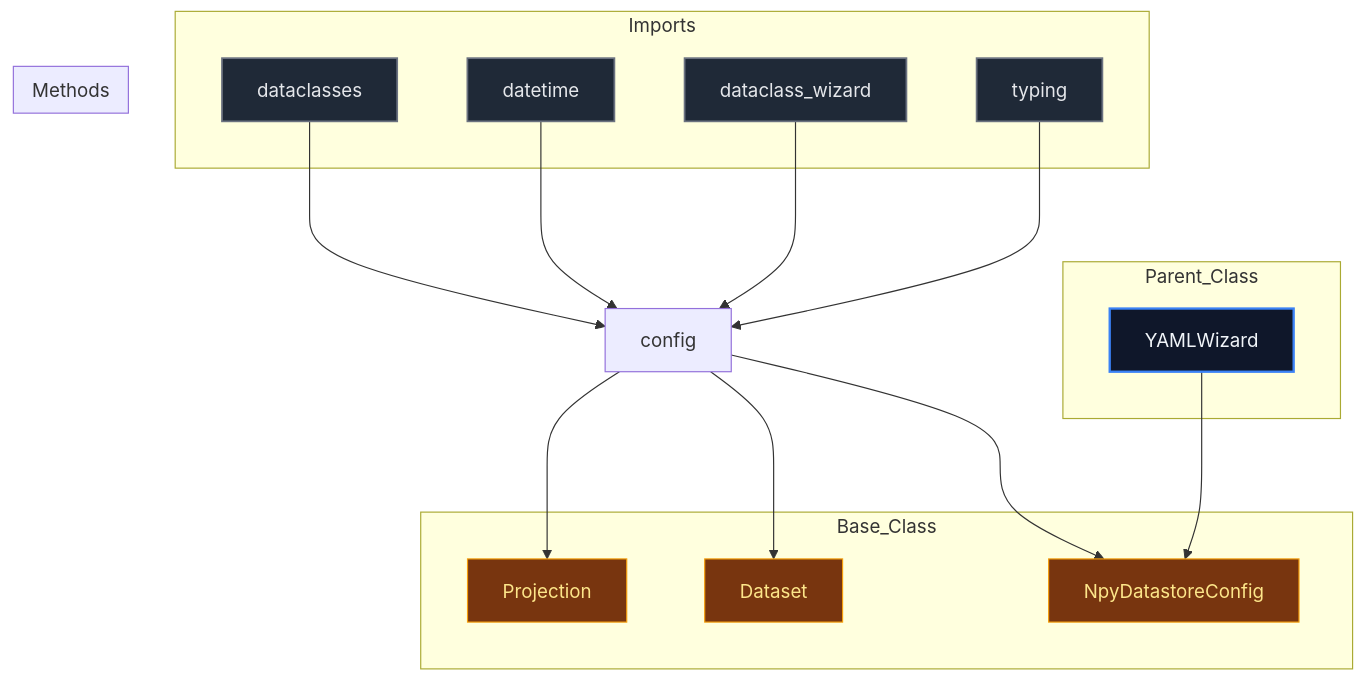
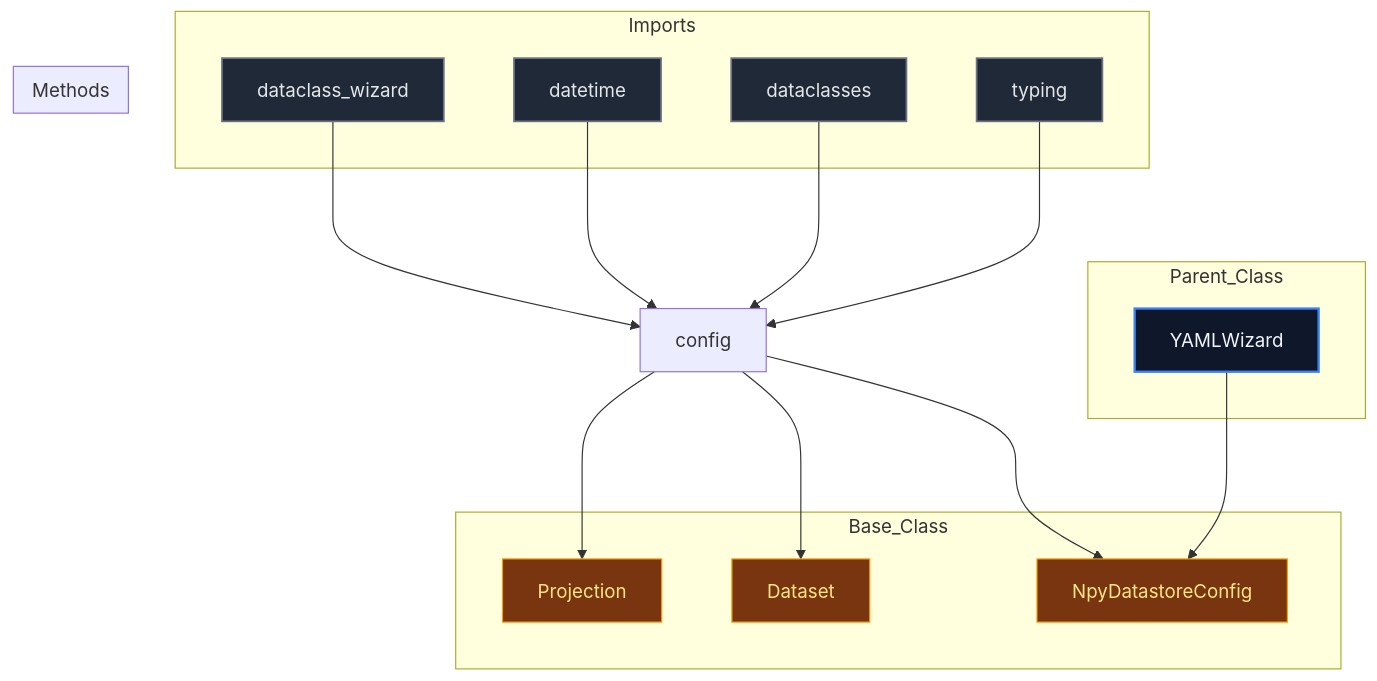
One commit to mllam/neural-lam changed the diagram in docs/diagrams/config_diagram.md. Above: the diagram before and after it, drawn with Mermaid. The commit also changed 19 other files, not shown here.

Commit message:
Auto-update Mermaid diagrams

````diff
--- a/docs/diagrams/config_diagram.md
+++ b/docs/diagrams/config_diagram.md
@@ -1,47 +1,47 @@
 ```mermaid
 %%{init: {'flowchart': {'nodeSpacing': 60, 'rankSpacing': 80}}}%%
 flowchart TD
 
 module["config"]
 
 subgraph Parent_Class
     YAMLWizard["YAMLWizard"]
 end
 
 subgraph Base_Class
     Projection["Projection"]
     Dataset["Dataset"]
     NpyDatastoreConfig["NpyDatastoreConfig"]
 end
 
     YAMLWizard --> NpyDatastoreConfig
 
 subgraph Imports
     typing["typing"]
+    dataclasses["dataclasses"]
+    datetime["datetime"]
     dataclass_wizard["dataclass_wizard"]
-    datetime["datetime"]
-    dataclasses["dataclasses"]
 end
 
     typing --> module
+    dataclasses --> module
+    datetime --> module
     dataclass_wizard --> module
-    datetime --> module
-    dataclasses --> module
     module --> Projection
     module --> Dataset
     module --> NpyDatastoreConfig
 
 subgraph Methods
 end
 
 
 classDef parent fill:#0f172a,stroke:#3b82f6,stroke-width:2px,color:#f1f5f9,font-size:16px
 classDef base fill:#78350f,stroke:#f59e0b,stroke-width:1px,color:#fde68a,font-size:16px
 classDef import fill:#1f2937,stroke:#6b7280,stroke-width:1.5px,color:#e5e7eb,font-size:16px
 classDef method fill:#2d043f,stroke:#7c3aed,stroke-width:1.5px,color:#ede9fe,font-size:16px
 classDef callNode fill:#064e3b,stroke:#10b981,stroke-width:1.5px,color:#d1fae5,font-size:16px
 class YAMLWizard parent
 class Projection,Dataset,NpyDatastoreConfig base
-class typing,dataclass_wizard,datetime,dataclasses import
+class typing,dataclasses,datetime,dataclass_wizard import
 
 ```
````
